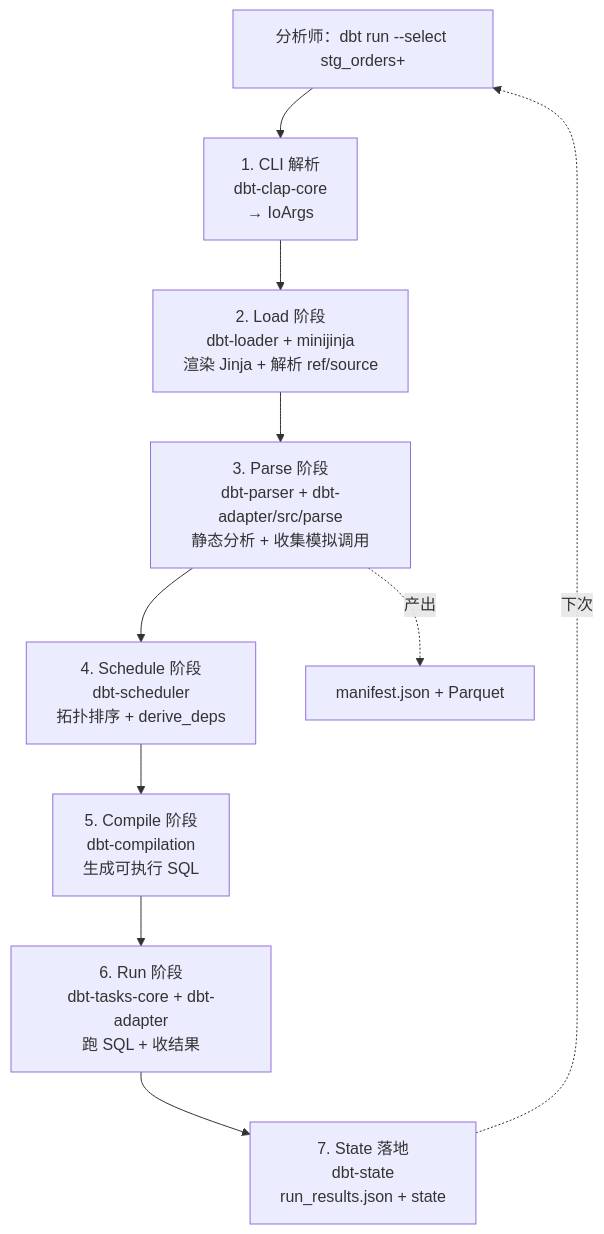
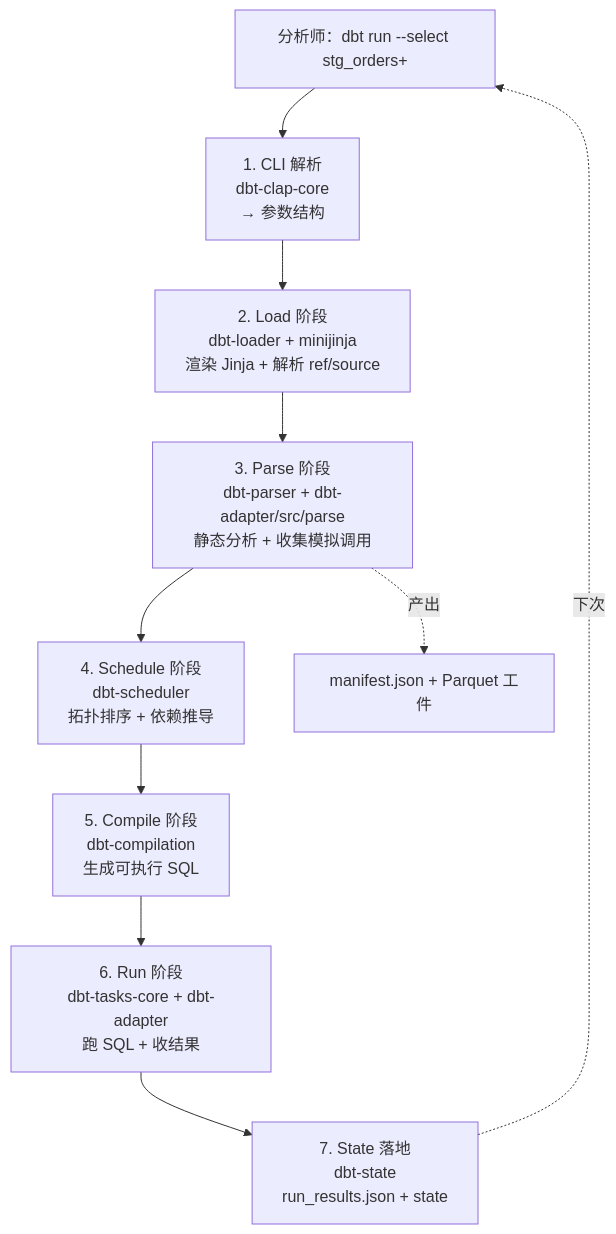
One commit to A1pha3/text-matrix changed the second of 2 diagrams in content/posts/tech/dbt-labs-dbt-core-data-transformation-framework-guide.md. Above: the diagram before and after it, drawn with Mermaid. The commit also changed other lines of this file and 331 other files, not shown here.

````diff
--- a/content/posts/tech/dbt-labs-dbt-core-data-transformation-framework-guide.md
+++ b/content/posts/tech/dbt-labs-dbt-core-data-transformation-framework-guide.md
@@ -140,14 +136,14 @@
 ```mermaid
 flowchart TD
     S0["分析师：dbt run --select stg_orders+"]
-    S0 --> S1["1. CLI 解析<br/>dbt-clap-core<br/>→ IoArgs"]
+    S0 --> S1["1. CLI 解析<br/>dbt-clap-core<br/>→ 参数结构"]
     S1 --> S2["2. Load 阶段<br/>dbt-loader + minijinja<br/>渲染 Jinja + 解析 ref/source"]
     S2 --> S3["3. Parse 阶段<br/>dbt-parser + dbt-adapter/src/parse<br/>静态分析 + 收集模拟调用"]
-    S3 --> S4["4. Schedule 阶段<br/>dbt-scheduler<br/>拓扑排序 + derive_deps"]
+    S3 --> S4["4. Schedule 阶段<br/>dbt-scheduler<br/>拓扑排序 + 依赖推导"]
     S4 --> S5["5. Compile 阶段<br/>dbt-compilation<br/>生成可执行 SQL"]
     S5 --> S6["6. Run 阶段<br/>dbt-tasks-core + dbt-adapter<br/>跑 SQL + 收结果"]
     S6 --> S7["7. State 落地<br/>dbt-state<br/>run_results.json + state"]
 
-    S3 -.产出.-> M["manifest.json + Parquet"]
+    S3 -.产出.-> M["manifest.json + Parquet 工件"]
     S7 -.下次.-> S0
 ```
````
